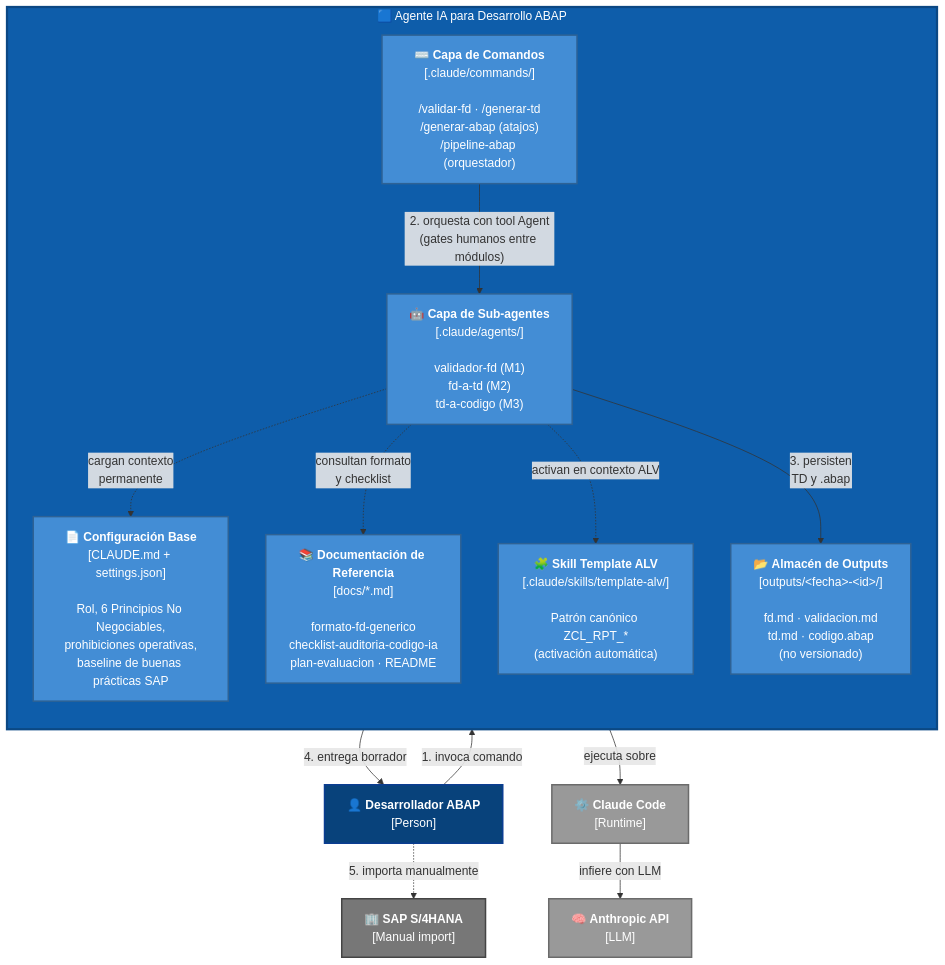
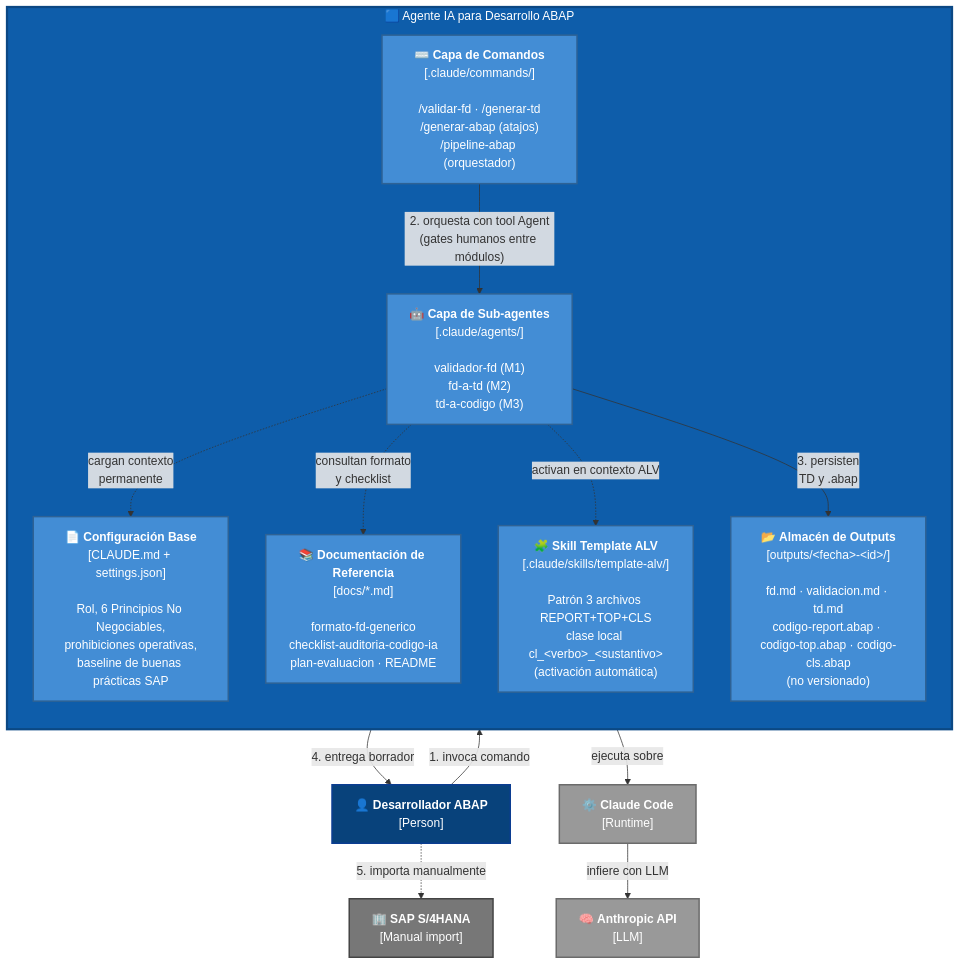
The second of 2 diagrams in Agente-IA-Desarrollo-ABAP/entregables/c4-model.md (MiguelAndre/Curso-IA), drawn with Mermaid before and after one commit. The commit also changed 11 other files, not shown here.

First line of the commit message:
PROP-012: aplica patron modularizacion ABAP de Patrimonio (12 archivos)

````diff
--- a/Agente-IA-Desarrollo-ABAP/entregables/c4-model.md
+++ b/Agente-IA-Desarrollo-ABAP/entregables/c4-model.md
@@ -56,48 +56,48 @@
 ```mermaid
 %%{init: {'theme':'default', 'themeVariables': {'background':'#FFFFFF', 'primaryTextColor':'#FFFFFF', 'lineColor':'#333333', 'clusterBkg':'#F5F5F5', 'clusterBorder':'#1168BD'}}}%%
 flowchart TB
     DEV["👤 <b>Desarrollador ABAP</b><br/>[Person]"]
     CC["⚙️ <b>Claude Code</b><br/>[Runtime]"]
     API["🧠 <b>Anthropic API</b><br/>[LLM]"]
     SAP["🏢 <b>SAP S/4HANA</b><br/>[Manual import]"]
 
     subgraph SYS["🟦 Agente IA para Desarrollo ABAP"]
         direction TB
 
         CFG["📄 <b>Configuración Base</b><br/>[CLAUDE.md + settings.json]<br/><br/>Rol, 6 Principios No Negociables,<br/>prohibiciones operativas,<br/>baseline de buenas prácticas SAP"]
 
         DOCS["📚 <b>Documentación de Referencia</b><br/>[docs/*.md]<br/><br/>formato-fd-generico<br/>checklist-auditoria-codigo-ia<br/>plan-evaluacion · README"]
 
         CMDS["⌨️ <b>Capa de Comandos</b><br/>[.claude/commands/]<br/><br/>/validar-fd · /generar-td<br/>/generar-abap (atajos)<br/>/pipeline-abap (orquestador)"]
 
         AGENTS["🤖 <b>Capa de Sub-agentes</b><br/>[.claude/agents/]<br/><br/>validador-fd (M1)<br/>fd-a-td (M2)<br/>td-a-codigo (M3)"]
 
-        SKILL["🧩 <b>Skill Template ALV</b><br/>[.claude/skills/template-alv/]<br/><br/>Patrón canónico ZCL_RPT_*<br/>(activación automática)"]
+        SKILL["🧩 <b>Skill Template ALV</b><br/>[.claude/skills/template-alv/]<br/><br/>Patrón 3 archivos REPORT+TOP+CLS<br/>clase local cl_&lt;verbo&gt;_&lt;sustantivo&gt;<br/>(activación automática)"]
 
-        OUT["📂 <b>Almacén de Outputs</b><br/>[outputs/&lt;fecha&gt;-&lt;id&gt;/]<br/><br/>fd.md · validacion.md<br/>td.md · codigo.abap<br/>(no versionado)"]
+        OUT["📂 <b>Almacén de Outputs</b><br/>[outputs/&lt;fecha&gt;-&lt;id&gt;/]<br/><br/>fd.md · validacion.md · td.md<br/>codigo-report.abap · codigo-top.abap · codigo-cls.abap<br/>(no versionado)"]
     end
 
     DEV -->|"1. invoca comando"| CMDS
     CMDS -->|"2. orquesta con tool Agent<br/>(gates humanos entre módulos)"| AGENTS
     AGENTS -.->|"cargan contexto<br/>permanente"| CFG
     AGENTS -.->|"consultan formato<br/>y checklist"| DOCS
     AGENTS -.->|"activan en contexto ALV"| SKILL
     AGENTS -->|"3. persisten<br/>TD y .abap"| OUT
     OUT -->|"4. entrega borrador"| DEV
     DEV -.->|"5. importa manualmente"| SAP
 
     SYS -->|"ejecuta sobre"| CC
     CC -->|"infiere con LLM"| API
 
     style DEV fill:#08427B,stroke:#0B3D91,stroke-width:2px,color:#FFF
     style SYS fill:#0E5DAA,stroke:#0B4884,stroke-width:3px,color:#FFF
     style CFG fill:#438DD5,stroke:#2E6295,stroke-width:2px,color:#FFF
     style DOCS fill:#438DD5,stroke:#2E6295,stroke-width:2px,color:#FFF
     style CMDS fill:#438DD5,stroke:#2E6295,stroke-width:2px,color:#FFF
     style AGENTS fill:#438DD5,stroke:#2E6295,stroke-width:2px,color:#FFF
     style SKILL fill:#438DD5,stroke:#2E6295,stroke-width:2px,color:#FFF
     style OUT fill:#438DD5,stroke:#2E6295,stroke-width:2px,color:#FFF
     style CC fill:#999999,stroke:#6B6B6B,stroke-width:2px,color:#FFF
     style API fill:#999999,stroke:#6B6B6B,stroke-width:2px,color:#FFF
     style SAP fill:#777777,stroke:#444444,stroke-width:2px,color:#FFF
 ```
````
